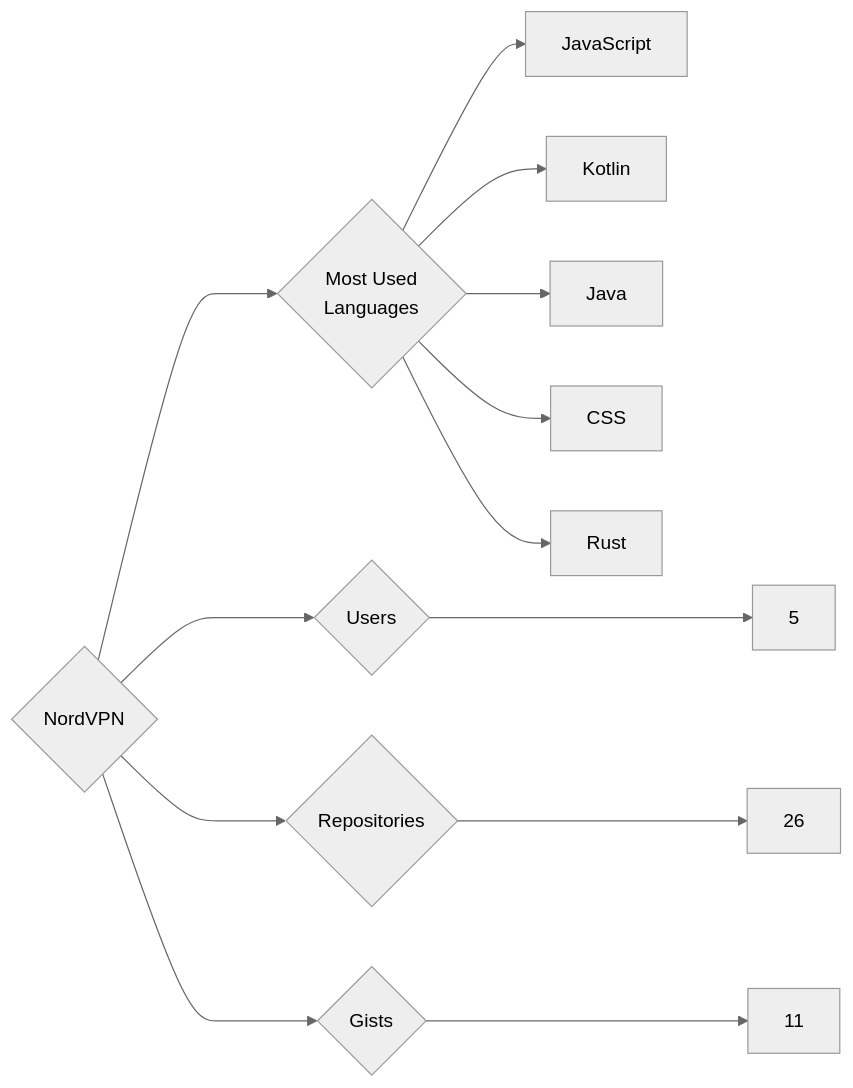
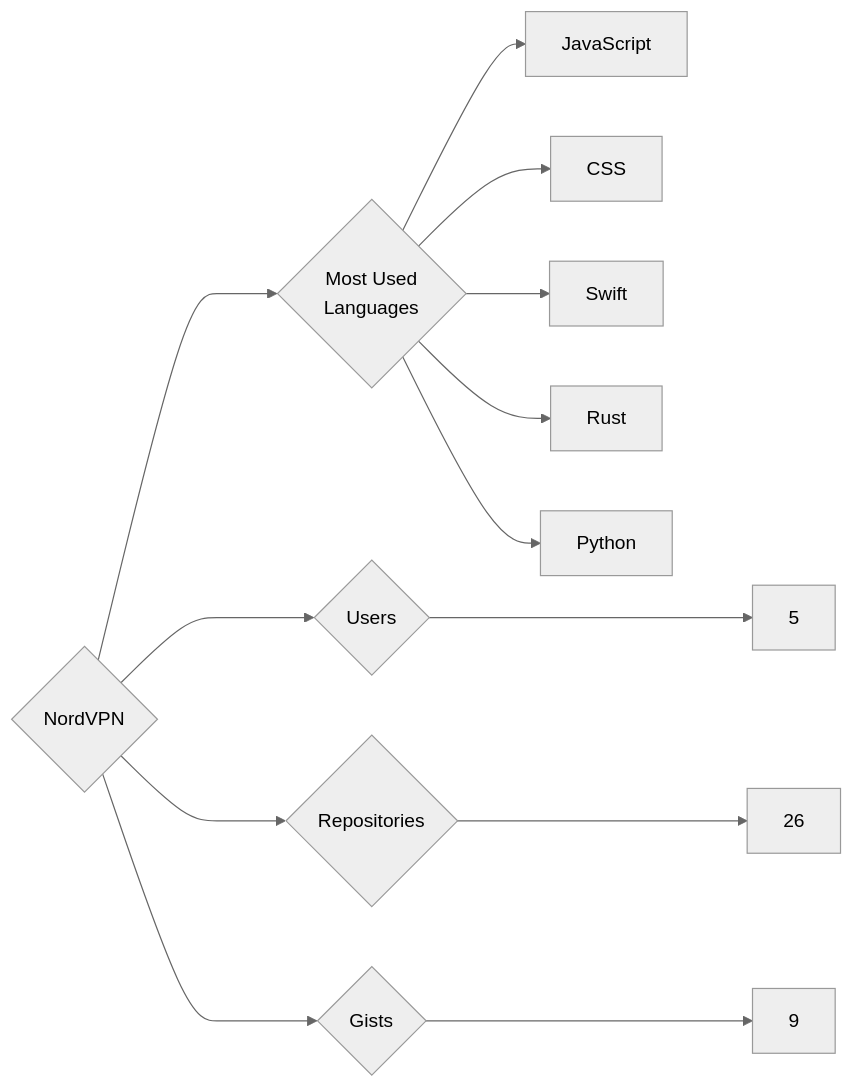
The diagram in targets/NordVPN/README.md (trickest/insiders), drawn with Mermaid (neutral theme) before and after one commit. The commit also changed 970 other files, not shown here.

````diff
--- a/targets/NordVPN/README.md
+++ b/targets/NordVPN/README.md
@@ -3,13 +3,13 @@
 ```mermaid
 graph LR
 COMPANY_NAME{NordVPN}
 COMPANY_NAME ---> U{Users} ---> UN[5]
 COMPANY_NAME ---> R{Repositories} ---> RN[26]
-COMPANY_NAME ---> G{Gists} ---> GN[11]
+COMPANY_NAME ---> G{Gists} ---> GN[9]
 COMPANY_NAME ---> ML{Most Used<br>Languages}
 ML --> JavaScript[JavaScript]
-ML --> Kotlin[Kotlin]
-ML --> Java[Java]
 ML --> CSS[CSS]
+ML --> Swift[Swift]
 ML --> Rust[Rust]
+ML --> Python[Python]
 ```
````
